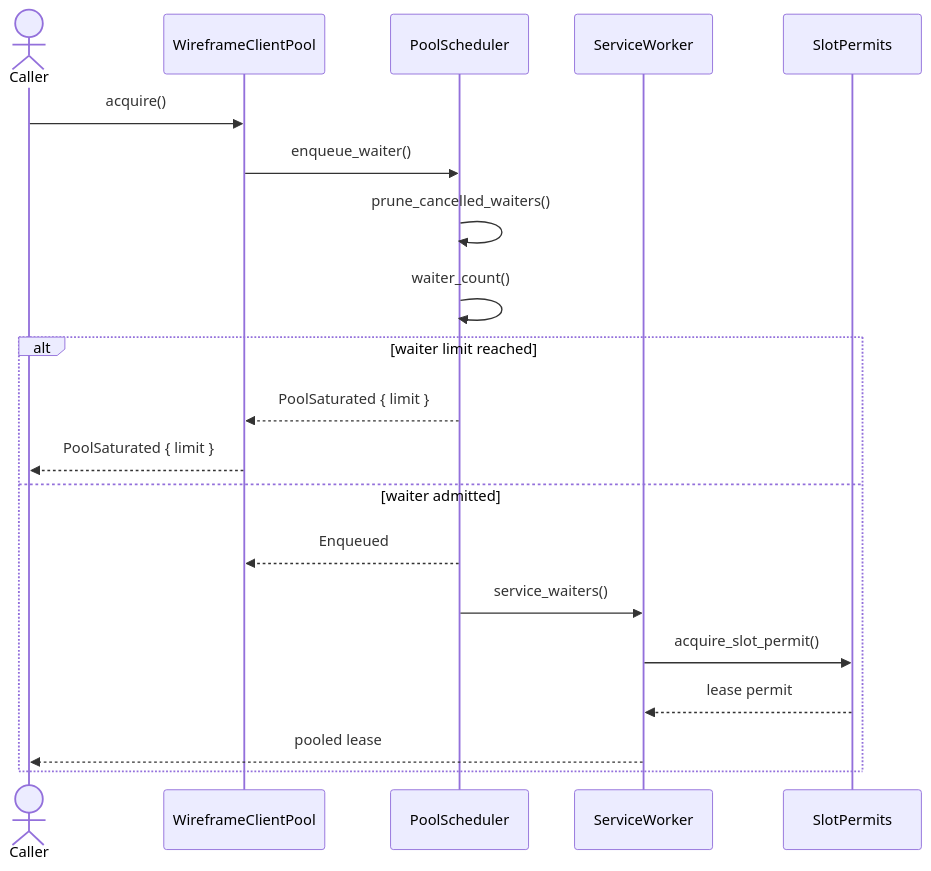
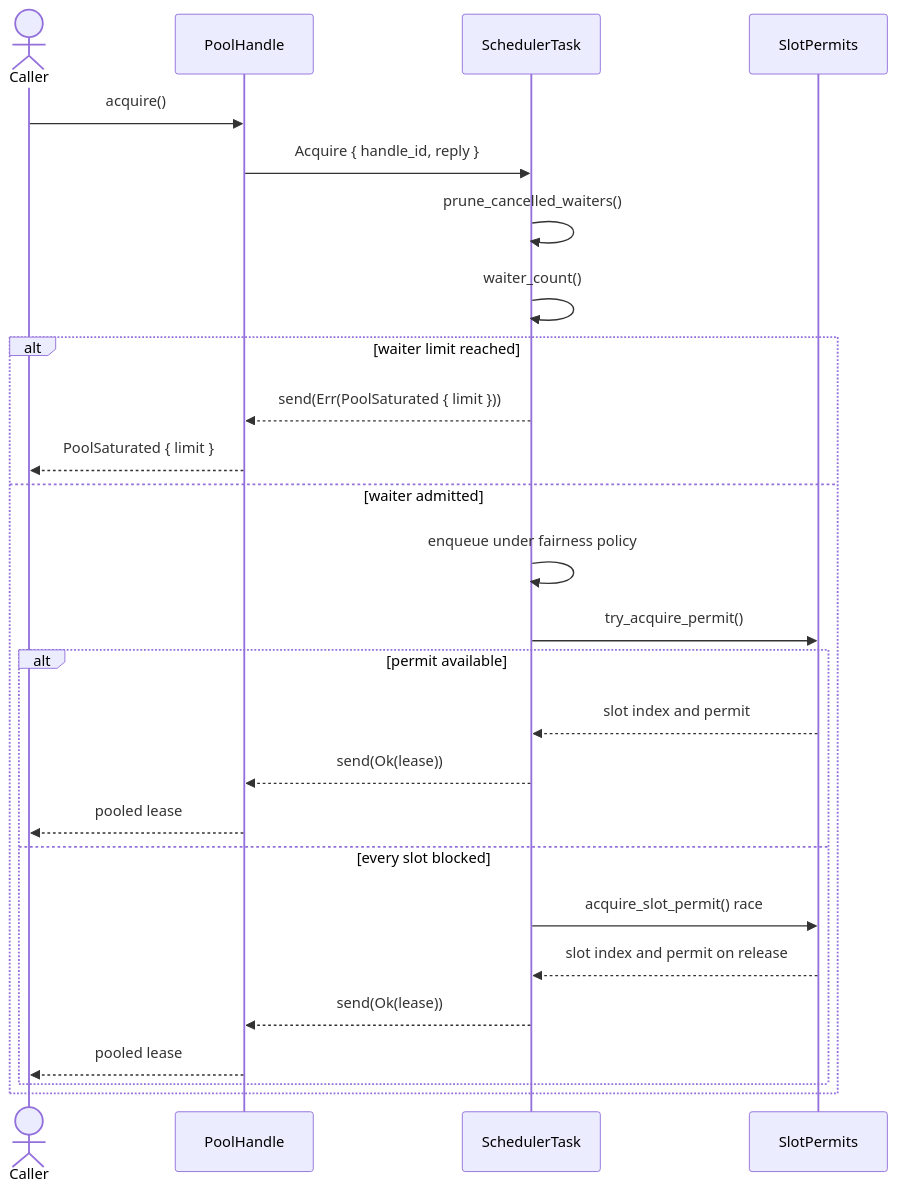
Before and after one commit to leynos/wireframe: the fourth of 5 diagrams in docs/wireframe-client-design.md, drawn with Mermaid. The commit also changed other lines of this file and 36 other files, not shown here.

First line of the commit message:
Replace spawn-on-demand pool servicing with a persistent scheduler actor (#647) (#846)

````diff
--- a/docs/wireframe-client-design.md
+++ b/docs/wireframe-client-design.md
@@ -662,23 +665,29 @@
 ```mermaid
 sequenceDiagram
     actor Caller
-    participant Pool as WireframeClientPool
-    participant Scheduler as PoolScheduler
-    participant Worker as ServiceWorker
+    participant Handle as PoolHandle
+    participant Task as SchedulerTask
     participant Slot as SlotPermits
 
-    Caller->>Pool: acquire()
-    Pool->>Scheduler: enqueue_waiter()
-    Scheduler->>Scheduler: prune_cancelled_waiters()
-    Scheduler->>Scheduler: waiter_count()
+    Caller->>Handle: acquire()
+    Handle->>Task: Acquire { handle_id, reply }
+    Task->>Task: prune_cancelled_waiters()
+    Task->>Task: waiter_count()
     alt waiter limit reached
-        Scheduler-->>Pool: PoolSaturated { limit }
-        Pool-->>Caller: PoolSaturated { limit }
+        Task-->>Handle: send(Err(PoolSaturated { limit }))
+        Handle-->>Caller: PoolSaturated { limit }
     else waiter admitted
-        Scheduler-->>Pool: Enqueued
-        Scheduler->>Worker: service_waiters()
-        Worker->>Slot: acquire_slot_permit()
-        Slot-->>Worker: lease permit
-        Worker-->>Caller: pooled lease
+        Task->>Task: enqueue under fairness policy
+        Task->>Slot: try_acquire_permit()
+        alt permit available
+            Slot-->>Task: slot index and permit
+            Task-->>Handle: send(Ok(lease))
+            Handle-->>Caller: pooled lease
+        else every slot blocked
+            Task->>Slot: acquire_slot_permit() race
+            Slot-->>Task: slot index and permit on release
+            Task-->>Handle: send(Ok(lease))
+            Handle-->>Caller: pooled lease
+        end
     end
 ```
````
